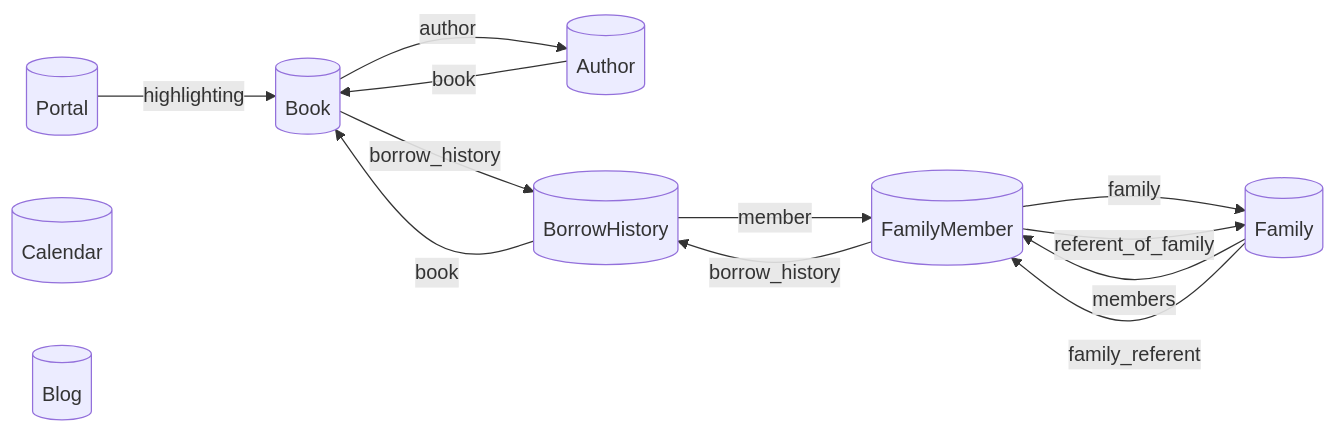
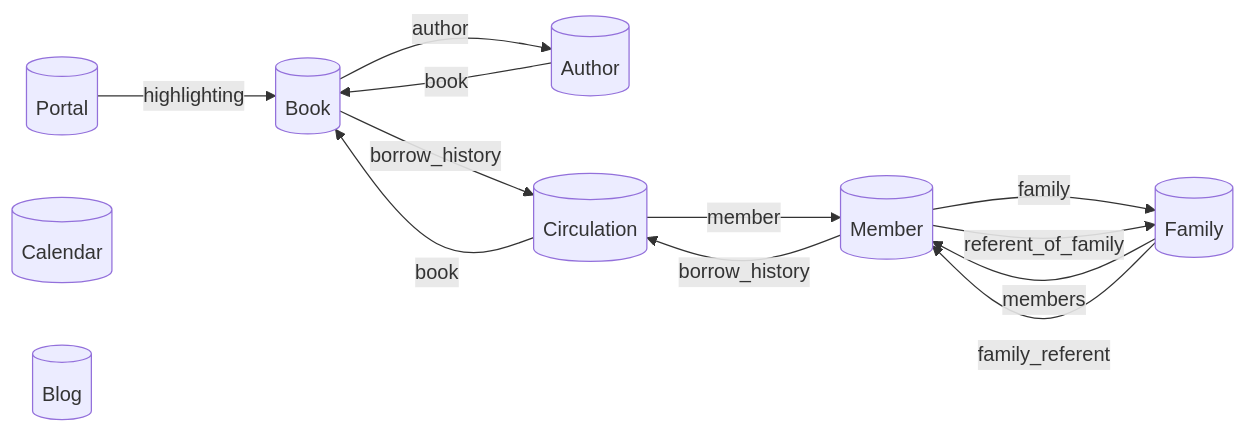
The first of 2 diagrams in design/database_details.md (denis-jullien/leafy-ils-fast), drawn with Mermaid before and after one commit. The commit also changed other lines of this file and 8 other files, not shown here.

Commit message:
add apis to manipulate a borrow history

````diff
--- a/design/database_details.md
+++ b/design/database_details.md
@@ -73,25 +73,25 @@
 ```mermaid
 flowchart LR
     Book[(Book)]
     Author[(Author)]
-    BorrowHistory[(BorrowHistory)]
-    FamilyMember[(FamilyMember)]
+    Circulation[(Circulation)]
+    Member[(Member)]
     Family[(Family)]
     Portal[(Portal)]
     Calendar[(Calendar)]
     Blog[(Blog)]
 
     Book --author--> Author
     Author --book--> Book
-    BorrowHistory --book--> Book
-    Book --borrow_history--> BorrowHistory
-    BorrowHistory --member--> FamilyMember
-    FamilyMember --borrow_history--> BorrowHistory
+    Circulation --book--> Book
+    Book --borrow_history--> Circulation
+    Circulation --member--> Member
+    Member --borrow_history--> Circulation
 
-    Family --members--> FamilyMember
-    FamilyMember --family--> Family
-    Family --family_referent--> FamilyMember
-    FamilyMember --referent_of_family--> Family
+    Family --members--> Member
+    Member --family--> Family
+    Family --family_referent--> Member
+    Member --referent_of_family--> Family
 
     Portal --highlighting--> Book
 ```
````
